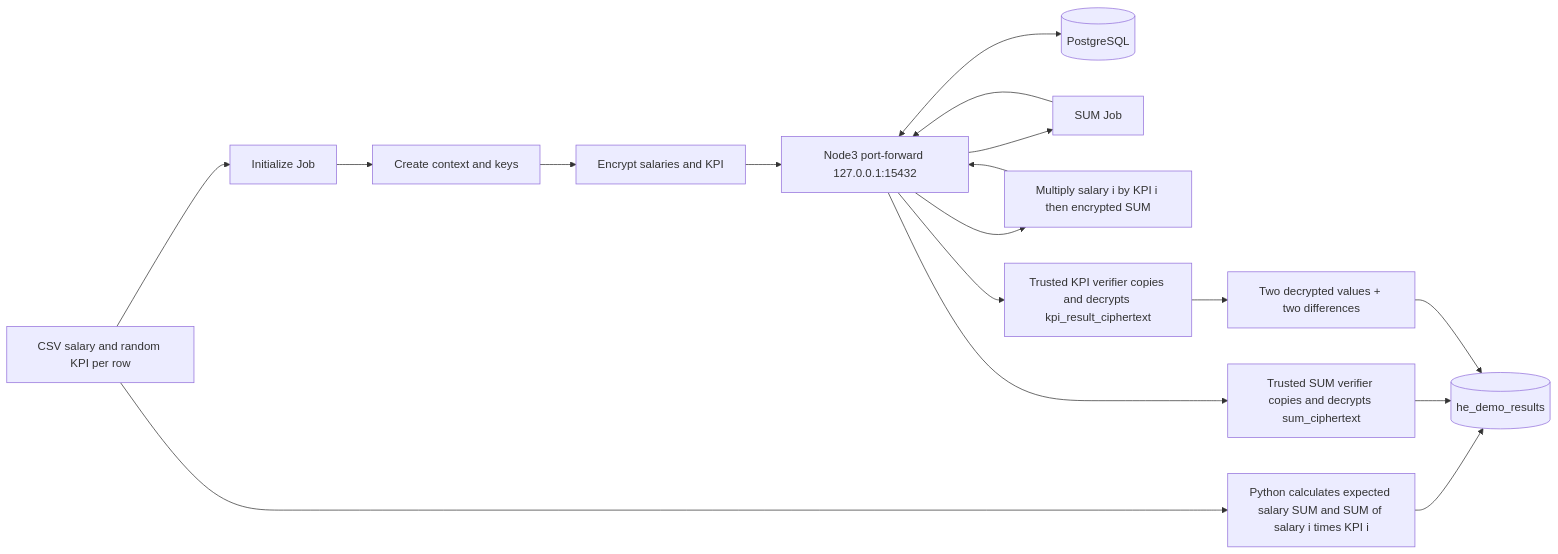
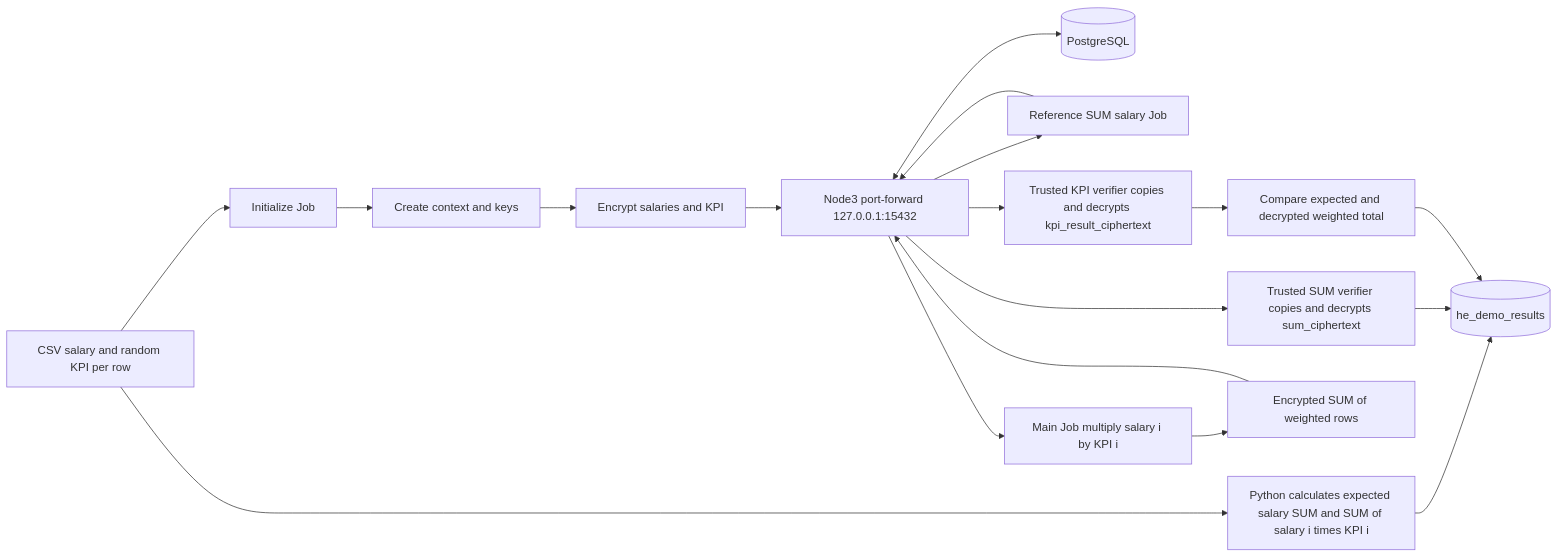
One commit to Nhatcao1/k3s-demo-gitops changed the diagram in demo/cpu-postgres/FLOW.mmd. Above: the diagram before and after it, drawn with Mermaid. The commit also changed 2 other files, not shown here.

Commit message:
Clarify multiply-then-sum demo flow

```diff
--- a/demo/cpu-postgres/FLOW.mmd
+++ b/demo/cpu-postgres/FLOW.mmd
@@ -1,17 +1,18 @@
 flowchart LR
     A[CSV salary and random KPI per row] --> B[Initialize Job]
     A --> R[Python calculates expected salary SUM and SUM of salary i times KPI i]
     B --> C[Create context and keys]
     C --> D[Encrypt salaries and KPI]
     D --> P[Node3 port-forward 127.0.0.1:15432]
     P <--> E[(PostgreSQL)]
     R --> T[(he_demo_results)]
-    P --> F[SUM Job]
+    P --> F[Reference SUM salary Job]
     F --> P
     P --> VS[Trusted SUM verifier copies and decrypts sum_ciphertext]
     VS --> T
-    P --> G[Multiply salary i by KPI i then encrypted SUM]
-    G --> P
+    P --> G[Main Job multiply salary i by KPI i]
+    G --> S[Encrypted SUM of weighted rows]
+    S --> P
     P --> H[Trusted KPI verifier copies and decrypts kpi_result_ciphertext]
-    H --> I[Two decrypted values + two differences]
+    H --> I[Compare expected and decrypted weighted total]
     I --> T
```
